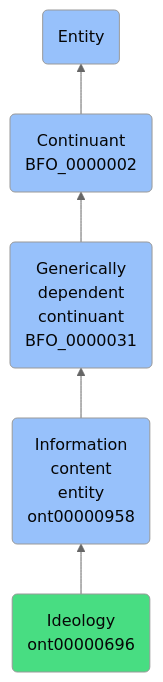
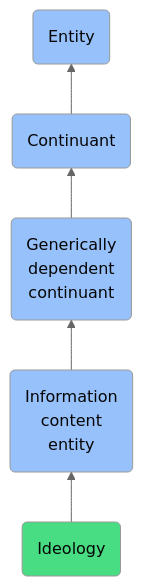
Before and after one commit to jupyter-naas/abi: the diagram in docs/ontology/reference/model/Entity/Continuant/Generically dependent continuant/Information content entity/Ideology/Ideology.md, drawn with Mermaid (neutral theme). The commit also changed other lines of this file and 1430 other files, not shown here.

````diff
--- a/docs/ontology/reference/model/Entity/Continuant/Generically dependent continuant/Information content entity/Ideology/Ideology.md
+++ b/docs/ontology/reference/model/Entity/Continuant/Generically dependent continuant/Information content entity/Ideology/Ideology.md
@@ -24,12 +24,12 @@
 ```mermaid
 graph BT
-    ont00000696(Ideology<br>ont00000696):::ABI-->ont00000958
-    ont00000958(Information<br>content<br>entity<br>ont00000958):::BFO-->BFO_0000031
-    BFO_0000031(Generically<br>dependent<br>continuant<br>BFO_0000031):::BFO-->BFO_0000002
-    BFO_0000002(Continuant<br>BFO_0000002):::BFO-->BFO_0000001
+    ont00000696(Ideology):::ABI-->ont00000958
+    ont00000958(Information<br>content<br>entity):::BFO-->BFO_0000031
+    BFO_0000031(Generically<br>dependent<br>continuant):::BFO-->BFO_0000002
+    BFO_0000002(Continuant):::BFO-->BFO_0000001
     BFO_0000001(Entity):::BFO
     
     classDef BFO fill:#97c1fb,color:#060606
     classDef CCO fill:#e4c51e,color:#060606
     classDef ABI fill:#48DD82,color:#060606
 ```
````
